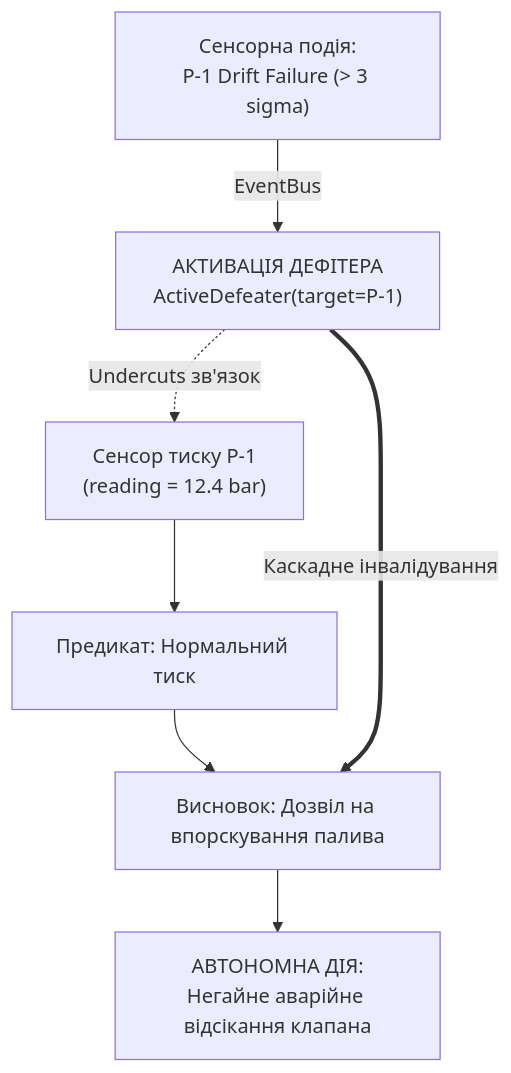
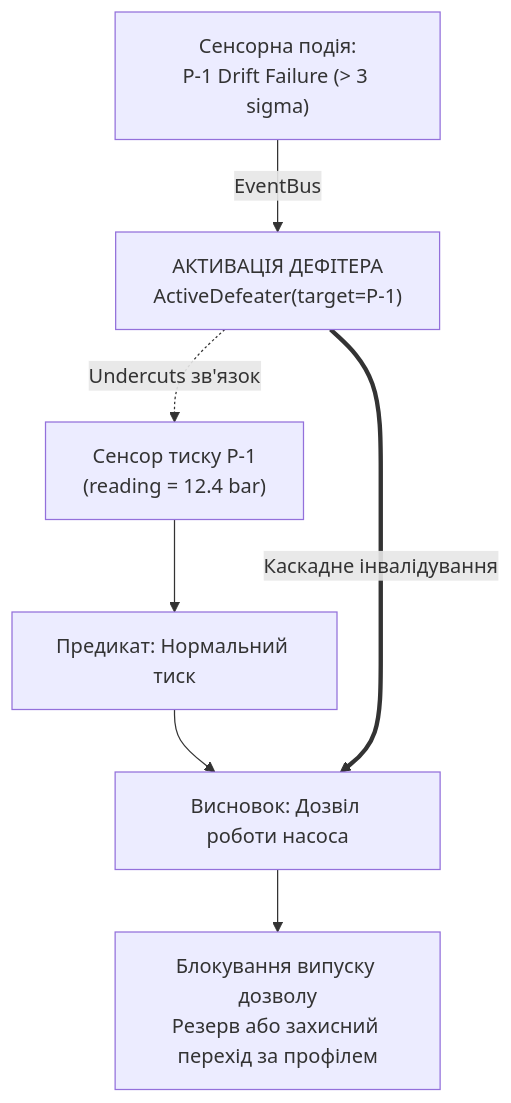
The fourth of 6 diagrams in ExpertSystem/ch35-self-organizing-expert-systems-synergetics-and-npu-runtime.md (nick-fedchik/articles), drawn with Mermaid before and after one commit. The commit also changed other lines of this file and 7 other files, not shown here.

````diff
--- a/ExpertSystem/ch35-self-organizing-expert-systems-synergetics-and-npu-runtime.md
+++ b/ExpertSystem/ch35-self-organizing-expert-systems-synergetics-and-npu-runtime.md
@@ -288,11 +431,13 @@
 ```mermaid
 flowchart TD
+	accTitle: Відкликання показу та перевірка залежного дозволу насоса
+	accDescr: Дефітер блокує обґрунтування через P-1, після чого профіль керування визначає резерв або захисний перехід.
     SENS["Сенсор тиску P-1<br/>(reading = 12.4 bar)"] --> P1["Предикат: Нормальний тиск"]
-    P1 --> INF["Висновок: Дозвіл на впорскування палива"]
+	P1 --> INF["Висновок: Дозвіл роботи насоса"]
     
     EVENT["Сенсорна подія:<br/>P-1 Drift Failure (> 3 sigma)"] -->|EventBus| DEF["АКТИВАЦІЯ ДЕФІТЕРА<br/>ActiveDefeater(target=P-1)"]
     
     DEF -.->|Undercuts зв'язок| SENS
     DEF ==>|Каскадне інвалідування| INF
-    INF --> HALT["АВТОНОМНА ДІЯ:<br/>Негайне аварійне відсікання клапана"]
+	INF --> HALT["Блокування випуску дозволу<br/>Резерв або захисний перехід за профілем"]
 ```
````
